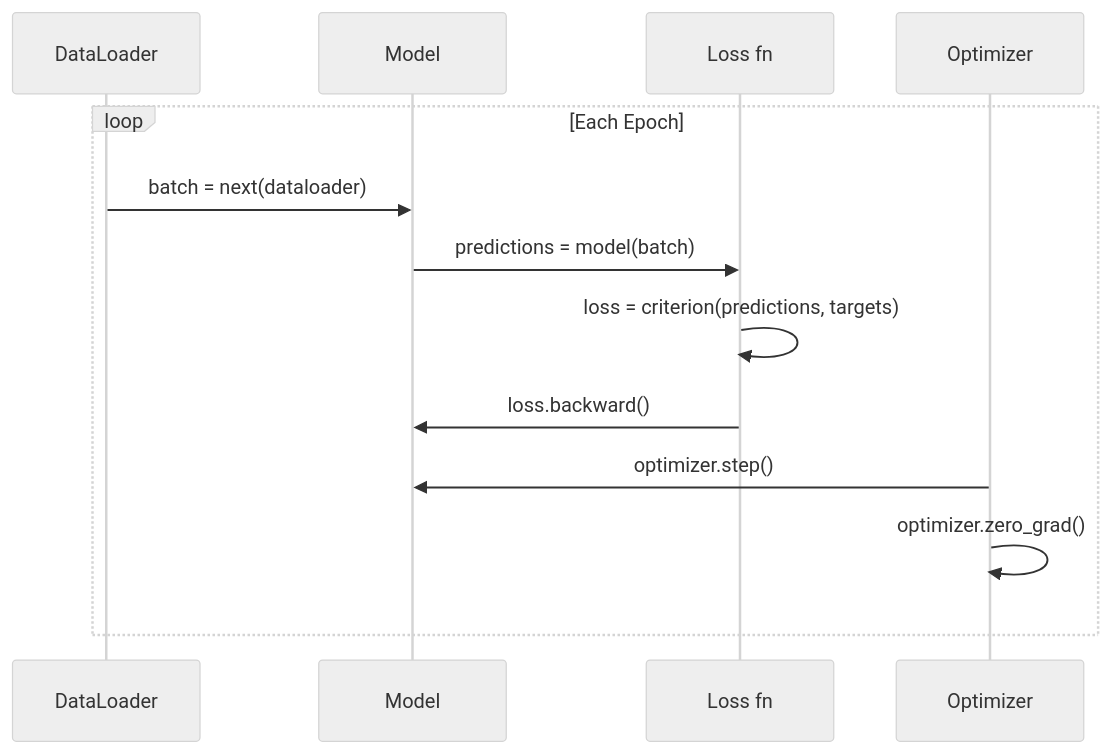
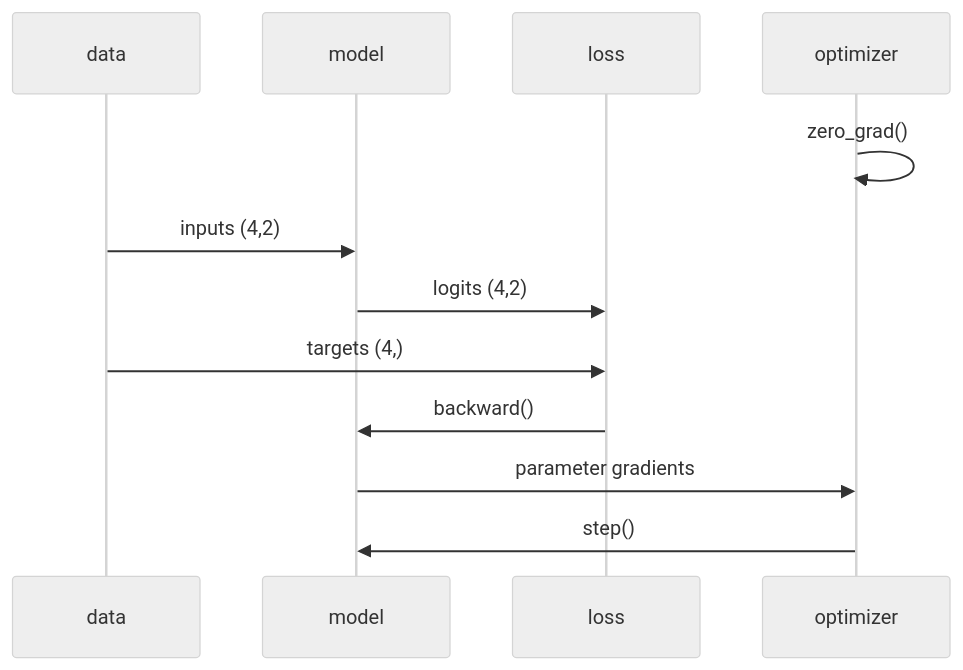
Before and after one commit to t3mr0i/ai-engineering-from-scratch: the diagram in phases/03-deep-learning-core/11-intro-to-pytorch/docs/en.md, drawn with Mermaid (neutral theme). The commit also changed other lines of this file and 84 other files, not shown here.

````diff
--- a/phases/03-deep-learning-core/11-intro-to-pytorch/docs/en.md
+++ b/phases/03-deep-learning-core/11-intro-to-pytorch/docs/en.md
@@ -204,16 +34,14 @@
 ```mermaid
 sequenceDiagram
-    participant D as DataLoader
-    participant M as Model
-    participant L as Loss fn
-    participant O as Optimizer
-
-    loop Each Epoch
-        D->>M: batch = next(dataloader)
-        M->>L: predictions = model(batch)
-        L->>L: loss = criterion(predictions, targets)
-        L->>M: loss.backward()
-        O->>M: optimizer.step()
-        O->>O: optimizer.zero_grad()
-    end
+    participant D as data
+    participant M as model
+    participant L as loss
+    participant O as optimizer
+    O->>O: zero_grad()
+    D->>M: inputs (4,2)
+    M->>L: logits (4,2)
+    D->>L: targets (4,)
+    L->>M: backward()
+    M->>O: parameter gradients
+    O->>M: step()
 ```
````
